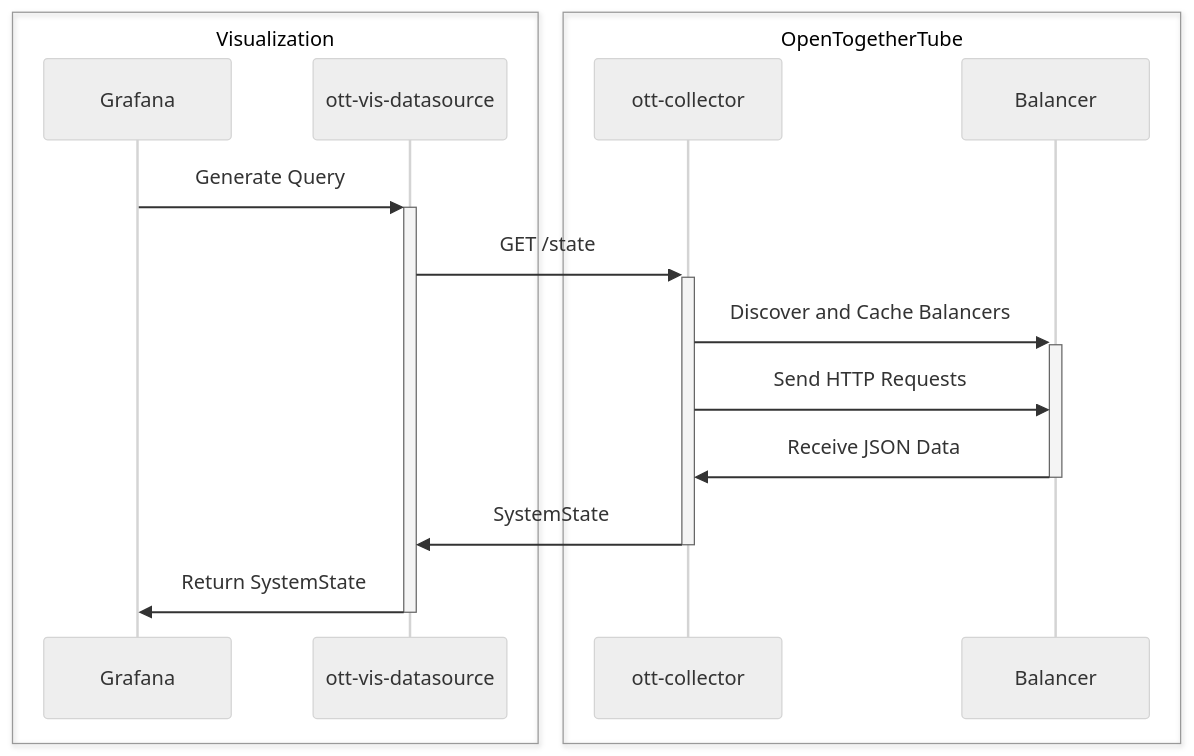
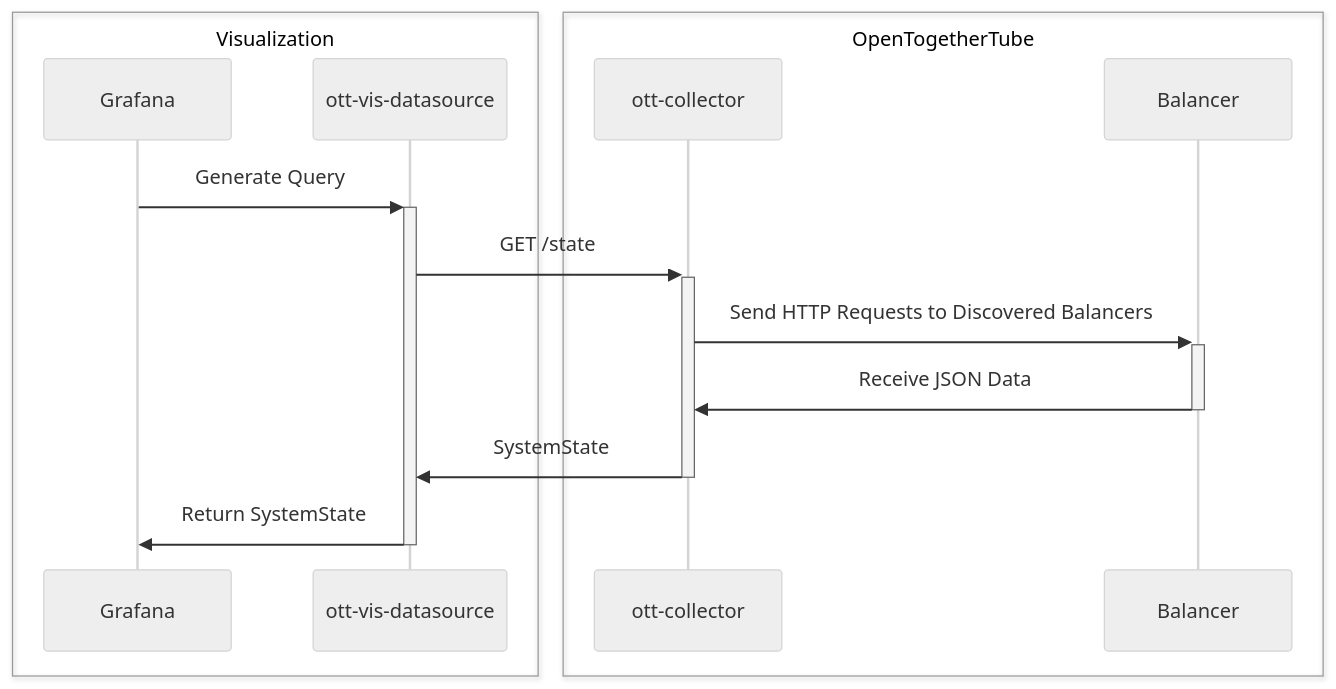
The diagram in figures/vis/visualization-balancer-datasource-sequence.mmd (dyc3/senior-design), drawn with Mermaid (neutral theme) before and after one commit. The commit also changed 1 other file, not shown here.

```diff
--- a/figures/vis/visualization-balancer-datasource-sequence.mmd
+++ b/figures/vis/visualization-balancer-datasource-sequence.mmd
@@ -1,18 +1,17 @@
 sequenceDiagram
     box Visualization
     participant Grafana
     participant ott-vis-datasource
     end
 
     box OpenTogetherTube
     participant ott-collector
     participant Balancer
     end
 
     Grafana->>+ott-vis-datasource: Generate Query
     ott-vis-datasource->>+ott-collector: GET /state
-    ott-collector->>+Balancer: Discover and Cache Balancers
-    ott-collector->>Balancer: Send HTTP Requests
+    ott-collector->>+Balancer: Send HTTP Requests to Discovered Balancers
     Balancer->>-ott-collector: Receive JSON Data
     ott-collector->>-ott-vis-datasource: SystemState
     ott-vis-datasource->>-Grafana: Return SystemState
```
